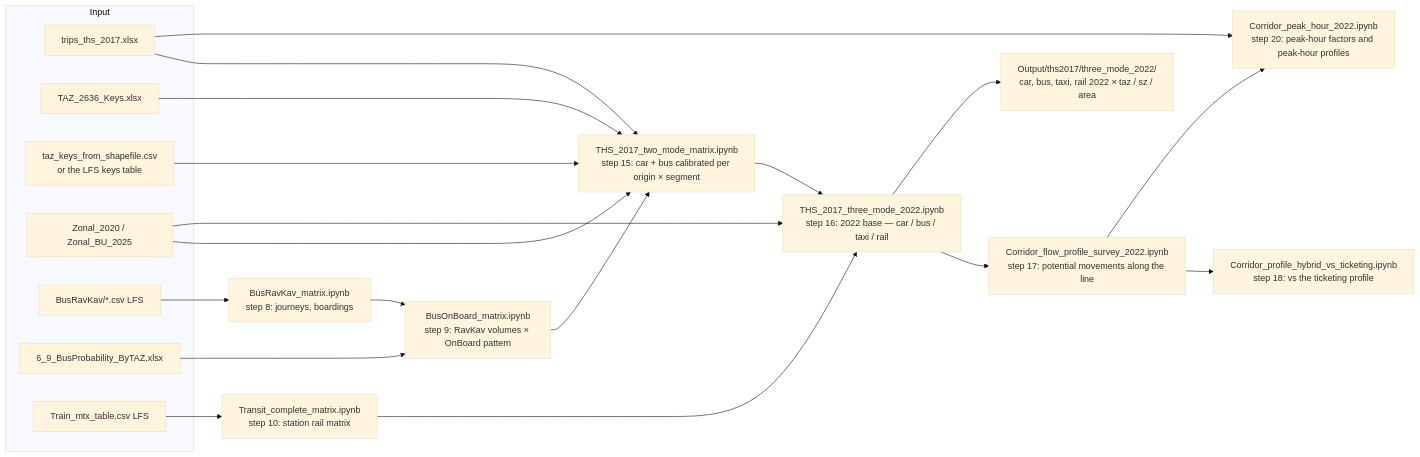
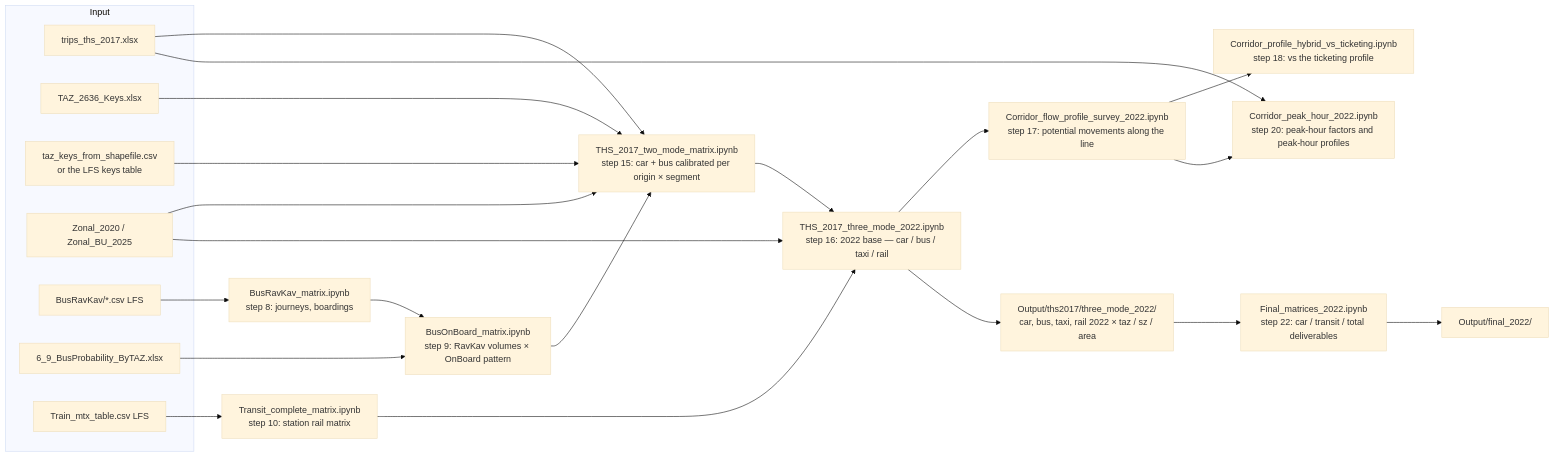
Before and after one commit to oh-da/Nofit_LRT_Extension: the diagram in README.md, drawn with Mermaid (base theme). The commit also changed other lines of this file and 10 other files, not shown here.

First line of the commit message:
Assemble the final 2022 TAZ matrices: car, transit (bus + rail), total, with taxi-inclusive variants and a long-format file

````diff
--- a/README.md
+++ b/README.md
@@ -39,29 +39,31 @@
 ```mermaid
 flowchart LR
     subgraph inputs [Input]
         THS[trips_ths_2017.xlsx]
         K26[TAZ_2636_Keys.xlsx]
         KEYS[taz_keys_from_shapefile.csv<br/>or the LFS keys table]
         ZON[Zonal_2020 / Zonal_BU_2025]
         RK[BusRavKav/*.csv  LFS]
         OB[6_9_BusProbability_ByTAZ.xlsx]
         TR[Train_mtx_table.csv  LFS]
     end
     RK --> NB8[BusRavKav_matrix.ipynb<br/>step 8: journeys, boardings]
     NB8 --> NB9[BusOnBoard_matrix.ipynb<br/>step 9: RavKav volumes × OnBoard pattern]
     OB --> NB9
     TR --> NB10[Transit_complete_matrix.ipynb<br/>step 10: station rail matrix]
     THS --> NB15
     K26 --> NB15
     KEYS --> NB15
     ZON --> NB15
     NB9 --> NB15[THS_2017_two_mode_matrix.ipynb<br/>step 15: car + bus calibrated per origin × segment]
     NB15 --> NB16[THS_2017_three_mode_2022.ipynb<br/>step 16: 2022 base — car / bus / taxi / rail]
     NB10 --> NB16
     ZON --> NB16
     NB16 --> NB17[Corridor_flow_profile_survey_2022.ipynb<br/>step 17: potential movements along the line]
     NB17 --> NB18[Corridor_profile_hybrid_vs_ticketing.ipynb<br/>step 18: vs the ticketing profile]
     NB17 --> NB20[Corridor_peak_hour_2022.ipynb<br/>step 20: peak-hour factors and peak-hour profiles]
     THS --> NB20
     NB16 --> OUT[Output/ths2017/three_mode_2022/<br/>car, bus, taxi, rail 2022 × taz / sz / area]
+    OUT --> NB22[Final_matrices_2022.ipynb<br/>step 22: car / transit / total deliverables]
+    NB22 --> FIN[Output/final_2022/]
 ```
````
